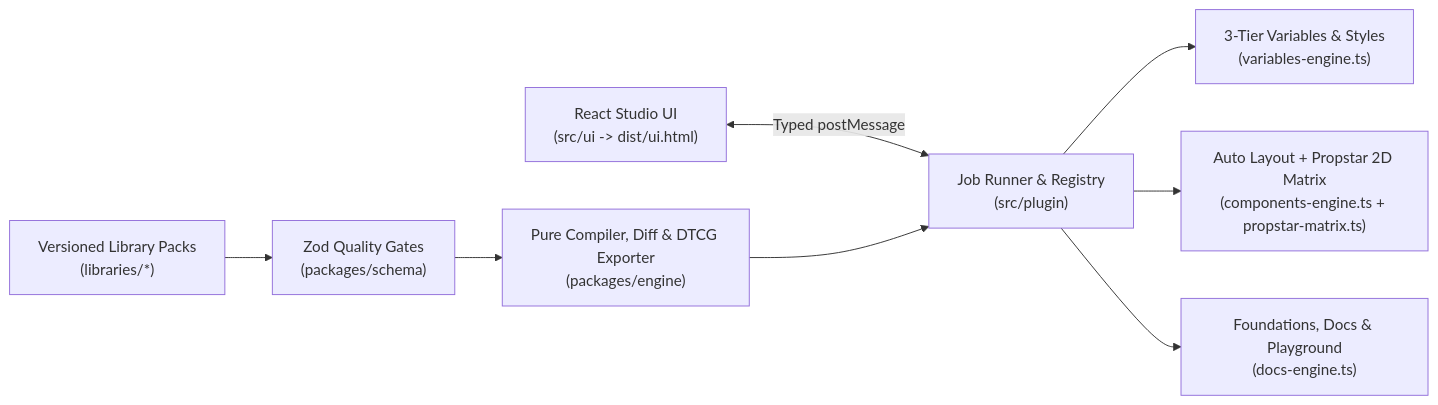
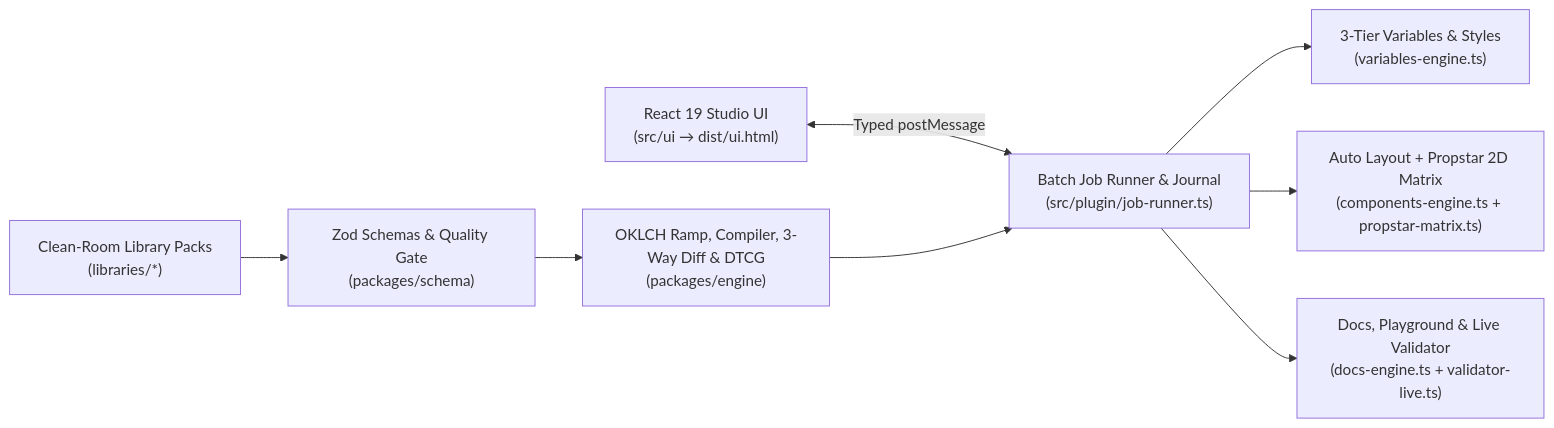
The diagram in README.md (flukelaster/Tokenloom), drawn with Mermaid before and after one commit. The commit also changed other lines of this file and 5 other files, not shown here.

Commit message:
docs: craft professional README with studio hero cover, showcases & vector architecture diagram

````diff
--- a/README.md
+++ b/README.md
@@ -61,10 +177,10 @@
 ```mermaid
 flowchart LR
-  UI["React Studio UI\n(src/ui -> dist/ui.html)"] <-->|Typed postMessage| Runner["Job Runner & Registry\n(src/plugin)"]
-  Libs["Versioned Library Packs\n(libraries/*)"] --> Schema["Zod Quality Gates\n(packages/schema)"]
-  Schema --> Engine["Pure Compiler, Diff & DTCG Exporter\n(packages/engine)"]
+  UI["React 19 Studio UI\n(src/ui → dist/ui.html)"] <-->|Typed postMessage| Runner["Batch Job Runner & Journal\n(src/plugin/job-runner.ts)"]
+  Libs["Clean-Room Library Packs\n(libraries/*)"] --> Schema["Zod Schemas & Quality Gate\n(packages/schema)"]
+  Schema --> Engine["OKLCH Ramp, Compiler, 3-Way Diff & DTCG\n(packages/engine)"]
   Engine --> Runner
   Runner --> Vars["3-Tier Variables & Styles\n(variables-engine.ts)"]
-  Runner --> Comps["Auto Layout + Propstar 2D Matrix\n(components-engine.ts + propstar-matrix.ts)"]
-  Runner --> Docs["Foundations, Docs & Playground\n(docs-engine.ts)"]
+  Runner --> Matrix["Auto Layout + Propstar 2D Matrix\n(components-engine.ts + propstar-matrix.ts)"]
+  Runner --> Docs["Docs, Playground & Live Validator\n(docs-engine.ts + validator-live.ts)"]
 ```
````
